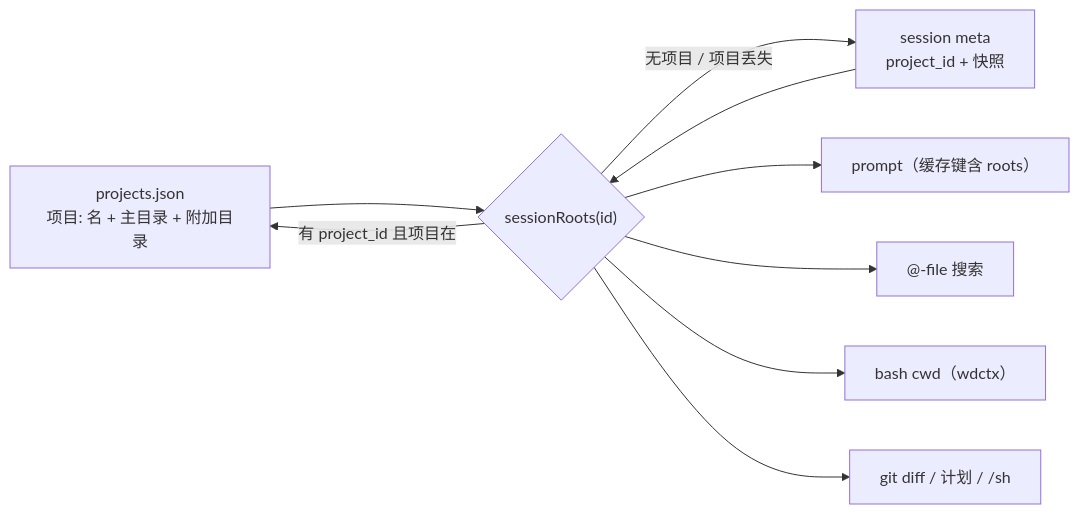
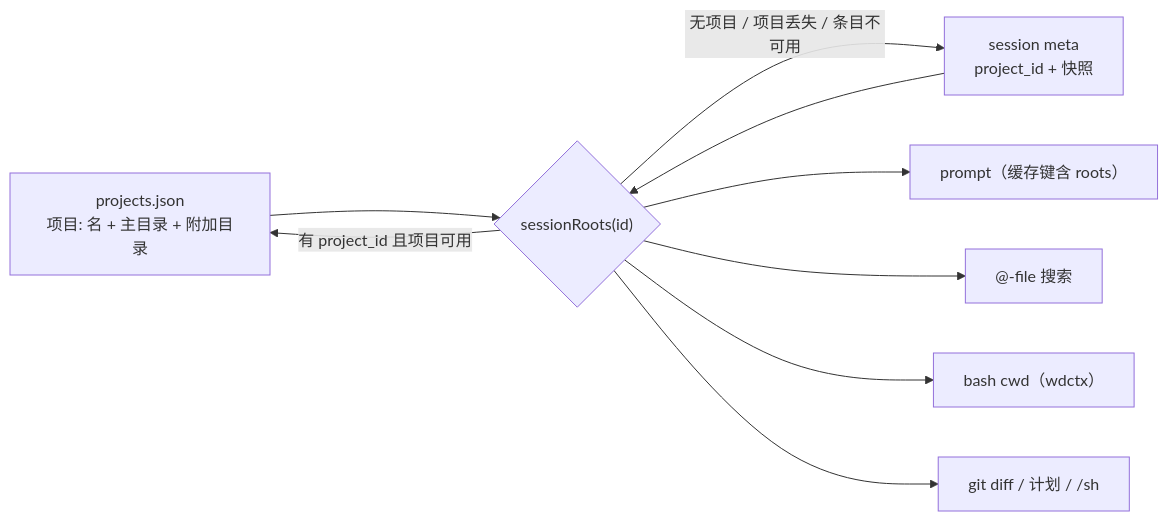
One commit to monsterxx03/tachi changed the diagram in docs/2026-09-14-desktop-project-design.md. Above: the diagram before and after it, drawn with Mermaid. The commit also changed other lines of this file, not shown here.

First line of the commit message:
docs: desktop project 设计定稿 v1.0

````diff
--- a/docs/2026-09-14-desktop-project-design.md
+++ b/docs/2026-09-14-desktop-project-design.md
@@ -75,11 +91,11 @@
 ```mermaid
 flowchart LR
     P["projects.json<br/>项目: 名 + 主目录 + 附加目录"] --> R{"sessionRoots(id)"}
     S["session meta<br/>project_id + 快照"] --> R
-    R -->|有 project_id 且项目在| P
-    R -->|无项目 / 项目丢失| S
+    R -->|有 project_id 且项目可用| P
+    R -->|无项目 / 项目丢失 / 条目不可用| S
     R --> P1["prompt（缓存键含 roots）"]
     R --> P2["@-file 搜索"]
     R --> P3["bash cwd（wdctx）"]
     R --> P4["git diff / 计划 / /sh"]
 ```
````
